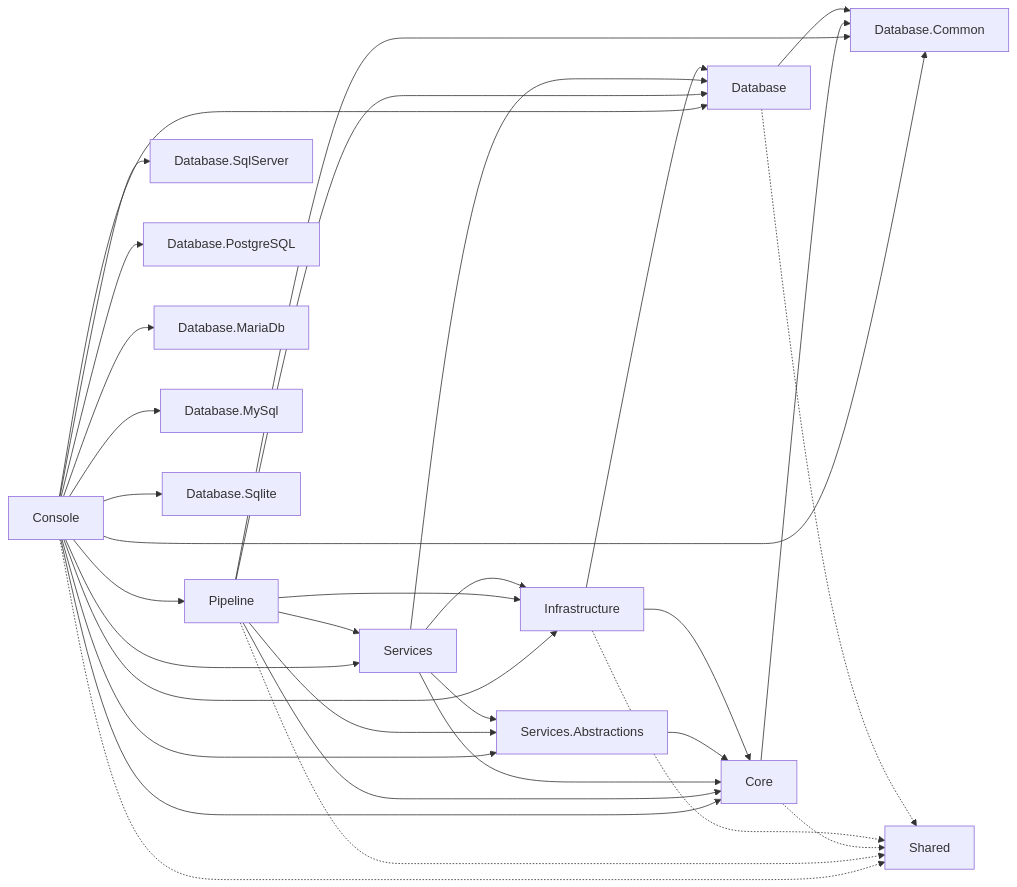
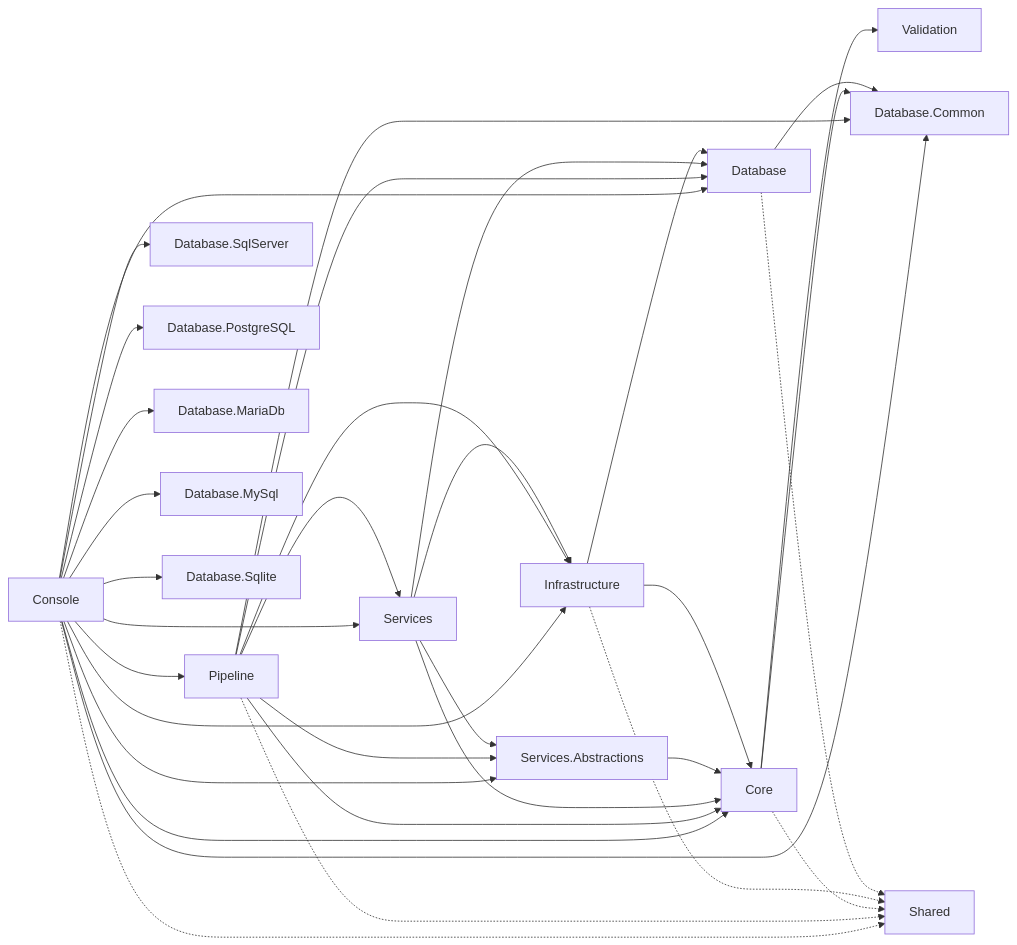
Before and after one commit to RAYCOON/RayMigrator: the second of 2 diagrams in Docs/01-architecture/overview.md, drawn with Mermaid. The commit also changed other lines of this file and 49 other files, not shown here.

````diff
--- a/Docs/01-architecture/overview.md
+++ b/Docs/01-architecture/overview.md
@@ -217,36 +217,37 @@
 ```mermaid
 graph LR
     Console --> Pipeline
     Console --> Core
     Console --> Database
     Console --> Database.Common
     Console --> Database.SqlServer
     Console --> Database.PostgreSQL
     Console --> Database.MariaDb
     Console --> Database.MySql
     Console --> Database.Sqlite
     Console --> Infrastructure
     Console --> Services
     Console --> Services.Abstractions
     Pipeline --> Services
     Pipeline --> Services.Abstractions
     Pipeline --> Core
     Pipeline --> Infrastructure
     Pipeline --> Database
     Pipeline --> Database.Common
     Services --> Services.Abstractions
     Services --> Core
     Services --> Infrastructure
     Services --> Database
     Services.Abstractions --> Core
     Infrastructure --> Core
     Infrastructure --> Database
     Core --> Database.Common
+    Core --> Validation
     Database --> Database.Common
 
     Console -.-> Shared
     Pipeline -.-> Shared
     Core -.-> Shared
     Infrastructure -.-> Shared
     Database -.-> Shared
 ```
````
